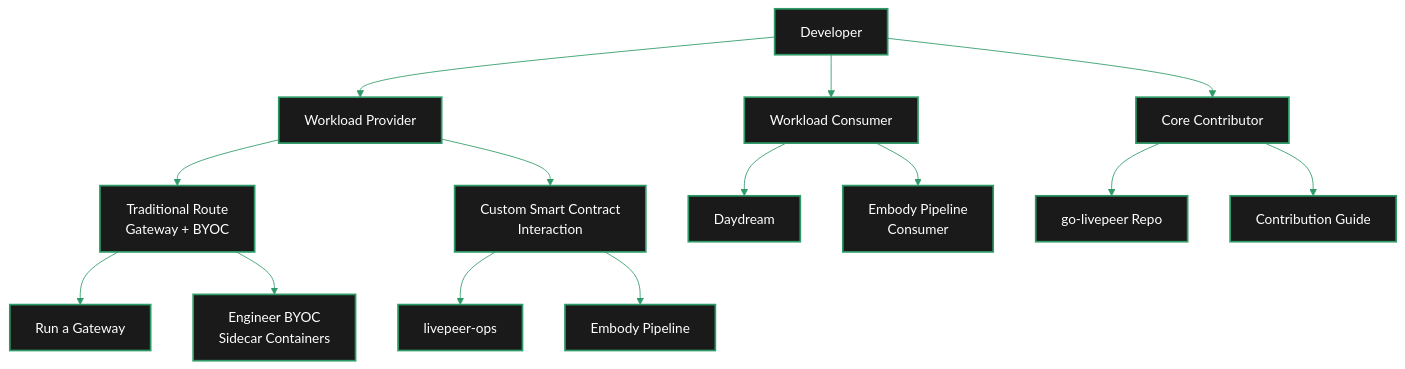
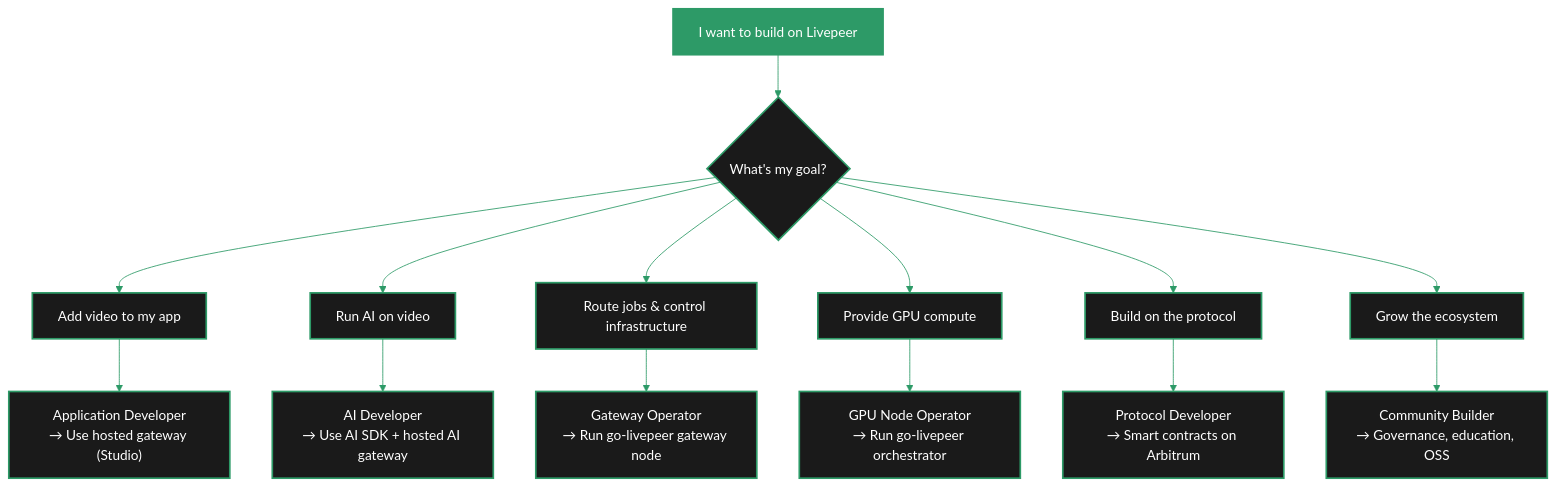
The diagram in v2/developers/developer-path.mdx (livepeer/docs), drawn with Mermaid before and after one commit. The commit also changed other lines of this file and 10 other files, not shown here.

````diff
--- a/v2/developers/developer-path.mdx
+++ b/v2/developers/developer-path.mdx
@@ -27,24 +139,23 @@
 ```mermaid
-%%{init: {'theme': 'base', 'themeVariables': { 'primaryColor': '#1a1a1a', 'primaryTextColor': '#fff', 'primaryBorderColor': '#2d9a67', 'lineColor': '#2d9a67', 'secondaryColor': '#0d0d0d', 'tertiaryColor': '#1a1a1a', 'background': '#0d0d0d', 'fontFamily': 'system-ui', 'clusterBkg': 'rgba(255,255,255,0.05)', 'clusterBorder': '#2d9a67' }}}%%
+%%{init: {'theme': 'base', 'themeVariables': { 'primaryColor': '#1a1a1a', 'primaryTextColor': '#fff', 'primaryBorderColor': '#2d9a67', 'lineColor': '#2d9a67', 'secondaryColor': '#0d0d0d', 'background': '#0d0d0d', 'fontFamily': 'system-ui' }}}%%
 flowchart TD
-    classDef default stroke-width:2px
+    A["I want to build on Livepeer"] --> B{"What's my goal?"}
 
-    Start["Developer"] --> WP["Workload Provider"]
-    Start --> WC["Workload Consumer"]
-    Start --> CC["Core Contributor"]
+    B --> C["Add video to my app"]
+    B --> D["Run AI on video"]
+    B --> E["Route jobs & control infrastructure"]
+    B --> F["Provide GPU compute"]
+    B --> G["Build on the protocol"]
+    B --> H["Grow the ecosystem"]
 
-    WP --> TR["Traditional Route<br/>Gateway + BYOC"]
-    WP --> SC["Custom Smart Contract<br/>Interaction"]
+    C --> C1["Application Developer\n→ Use hosted gateway (Studio)"]
+    D --> D1["AI Developer\n→ Use AI SDK + hosted AI gateway"]
+    E --> E1["Gateway Operator\n→ Run go-livepeer gateway node"]
+    F --> F1["GPU Node Operator\n→ Run go-livepeer orchestrator"]
+    G --> G1["Protocol Developer\n→ Smart contracts on Arbitrum"]
+    H --> H1["Community Builder\n→ Governance, education, OSS"]
 
-    TR --> GW["Run a Gateway"]
-    TR --> BYOC["Engineer BYOC<br/>Sidecar Containers"]
-
-    SC --> OPS["livepeer-ops"]
-    SC --> EMB["Embody Pipeline"]
-
-    WC --> DD["Daydream"]
-    WC --> EP["Embody Pipeline<br/>Consumer"]
-
-    CC --> REPO["go-livepeer Repo"]
-    CC --> CG["Contribution Guide"]
+    classDef default fill:#1a1a1a,color:#fff,stroke:#2d9a67,stroke-width:2px
+    classDef goal fill:#0d0d0d,color:#fff,stroke:#2d9a67,stroke-width:1px
+    style A fill:#2d9a67,color:#fff,stroke:#2d9a67
 ```
````
